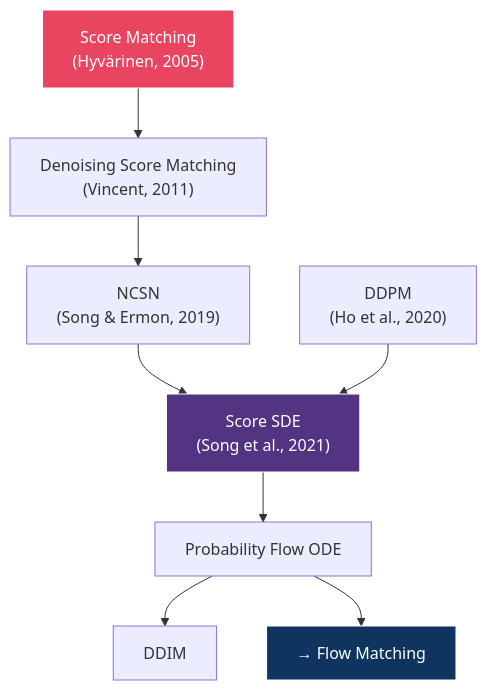
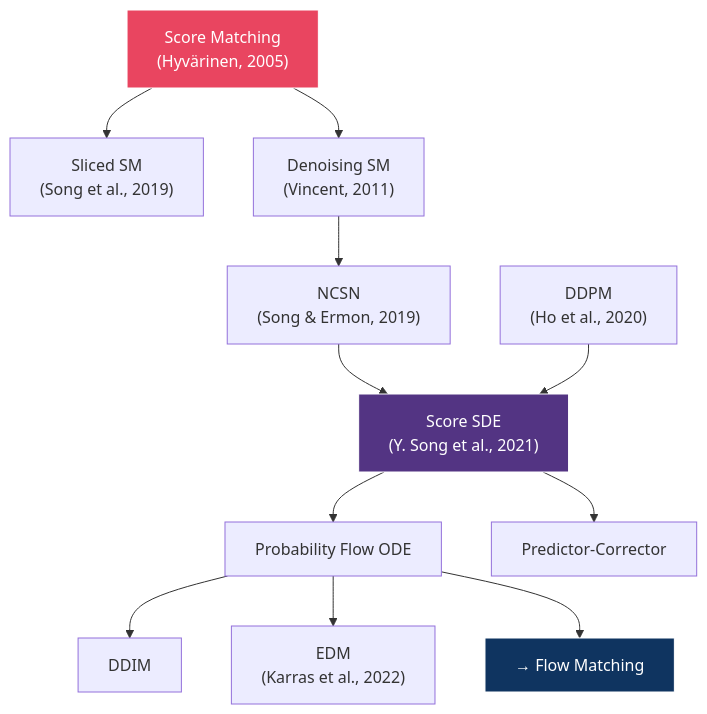
Before and after one commit to DavidDevGt/DifusionReal: the fourth of 4 diagrams in 04-score-models/README.md, drawn with Mermaid. The commit also changed other lines of this file, not shown here.

````diff
--- a/04-score-models/README.md
+++ b/04-score-models/README.md
@@ -233,16 +379,19 @@
 ```mermaid
 graph TB
-    SM["Score Matching<br/>(Hyvärinen, 2005)"] --> DSM["Denoising Score Matching<br/>(Vincent, 2011)"]
+    SM["Score Matching<br/>(Hyvärinen, 2005)"] --> SSM["Sliced SM<br/>(Song et al., 2019)"]
+    SM --> DSM["Denoising SM<br/>(Vincent, 2011)"]
     DSM --> NCSN2["NCSN<br/>(Song & Ermon, 2019)"]
-    NCSN2 --> SSDE["Score SDE<br/>(Song et al., 2021)"]
+    NCSN2 --> SSDE["Score SDE<br/>(Y. Song et al., 2021)"]
 
     DDPM2["DDPM<br/>(Ho et al., 2020)"] --> SSDE
 
     SSDE --> PFODE["Probability Flow ODE"]
+    SSDE --> PCS["Predictor-Corrector"]
     PFODE --> DDIM3["DDIM"]
+    PFODE --> EDM["EDM<br/>(Karras et al., 2022)"]
     PFODE --> FM3["→ Flow Matching"]
 
     style SM fill:#e94560,stroke:#fff,color:#fff
     style SSDE fill:#533483,stroke:#fff,color:#fff
     style FM3 fill:#0f3460,stroke:#fff,color:#fff
 ```
````
